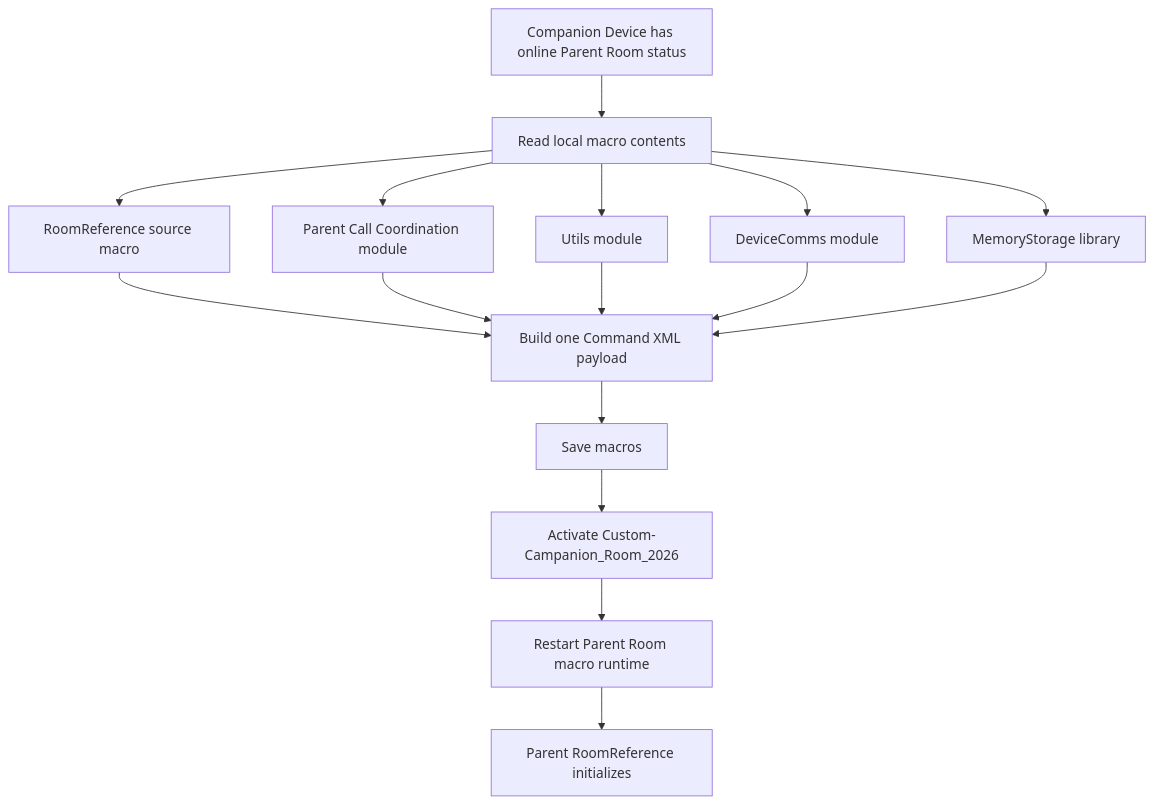
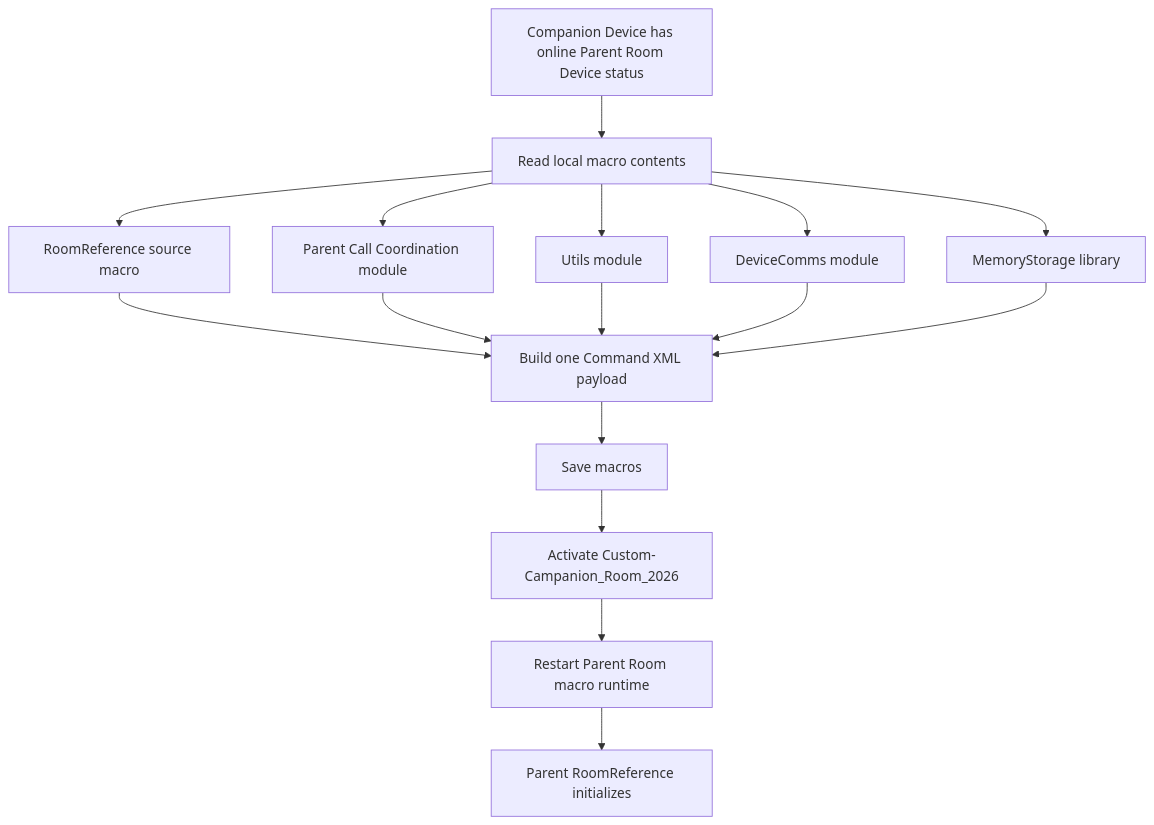
The second of 8 diagrams in README.md (ctg-tme/Custom_Companion_2026), drawn with Mermaid before and after one commit. The commit also changed other lines of this file and 26 other files, not shown here.

````diff
--- a/README.md
+++ b/README.md
@@ -86,18 +86,18 @@
 ```mermaid
 flowchart TD
-	A[Companion Device has online Parent Room status] --> B[Read local macro contents]
+	A[Companion Device has online Parent Room Device status] --> B[Read local macro contents]
 	B --> C[RoomReference source macro]
 	B --> D[Parent Call Coordination module]
 	B --> E[Utils module]
 	B --> F[DeviceComms module]
 	B --> G[MemoryStorage library]
 	C --> H[Build one Command XML payload]
 	D --> H
 	E --> H
 	F --> H
 	G --> H
 	H --> I[Save macros]
 	I --> J[Activate Custom-Campanion_Room_2026]
 	J --> K[Restart Parent Room macro runtime]
 	K --> L[Parent RoomReference initializes]
 ```
````
